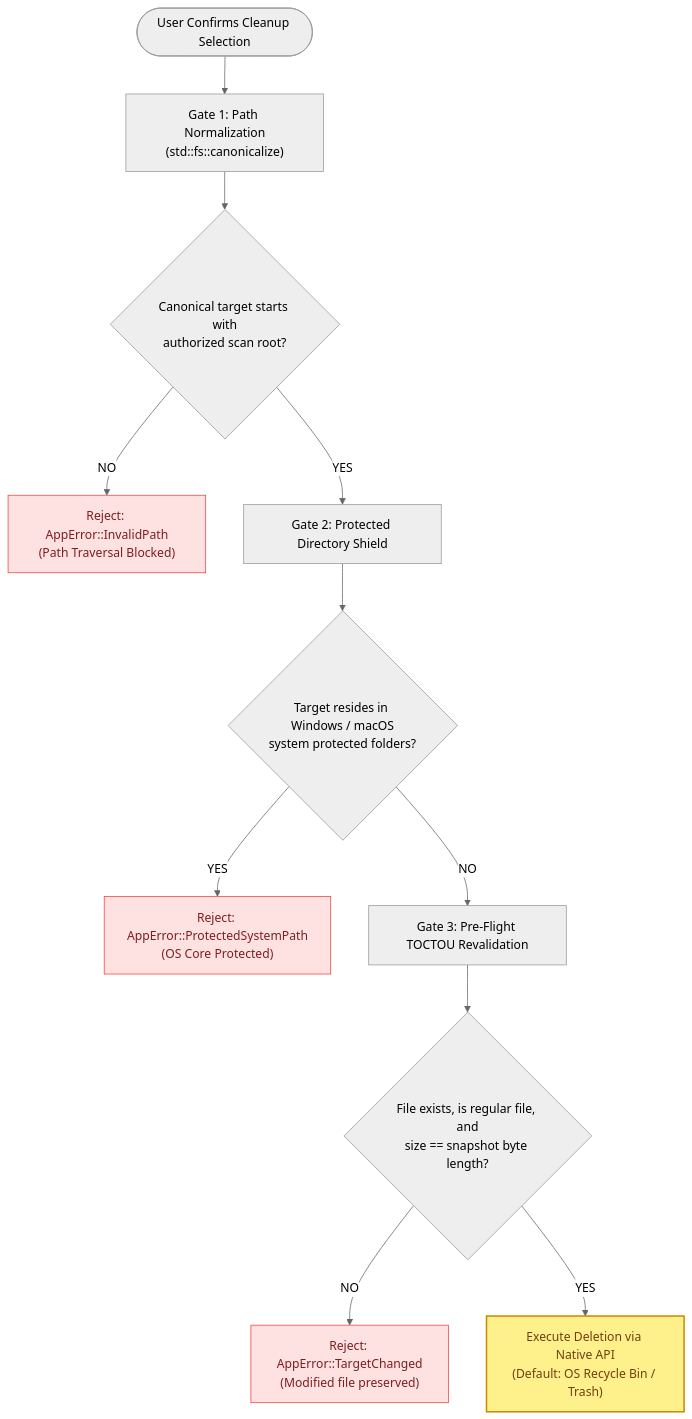
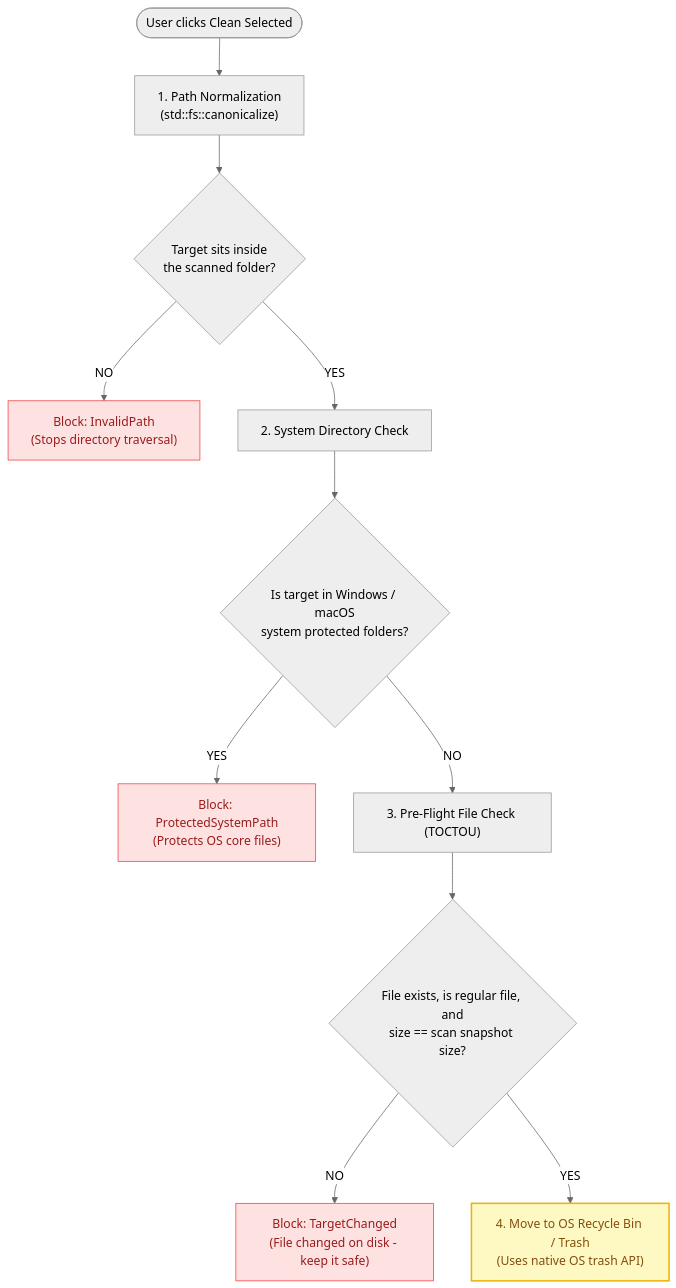
The third of 3 diagrams in docs/SYSTEM_DESIGN.md (ankitpandey1900/ByteMap), drawn with Mermaid (neutral theme) before and after one commit. The commit also changed other lines of this file and 3 other files, not shown here.

````diff
--- a/docs/SYSTEM_DESIGN.md
+++ b/docs/SYSTEM_DESIGN.md
@@ -156,22 +151,22 @@
 ```mermaid
 flowchart TD
-    Req([User Confirms Cleanup Selection]) --> Gate1["Gate 1: Path Normalization<br/>(std::fs::canonicalize)"]
+    Req([User clicks Clean Selected]) --> Check1["1. Path Normalization<br/>(std::fs::canonicalize)"]
     
-    Gate1 --> Check1{"Canonical target starts with<br/>authorized scan root?"}
-    Check1 -- NO --> Err1["Reject: AppError::InvalidPath<br/>(Path Traversal Blocked)"]
+    Check1 --> Gate1{"Target sits inside<br/>the scanned folder?"}
+    Gate1 -- NO --> Reject1["Block: InvalidPath<br/>(Stops directory traversal)"]
     
-    Check1 -- YES --> Gate2["Gate 2: Protected Directory Shield"]
-    Gate2 --> Check2{"Target resides in Windows / macOS<br/>system protected folders?"}
-    Check2 -- YES --> Err2["Reject: AppError::ProtectedSystemPath<br/>(OS Core Protected)"]
+    Gate1 -- YES --> Check2["2. System Directory Check"]
+    Check2 --> Gate2{"Is target in Windows / macOS<br/>system protected folders?"}
+    Gate2 -- YES --> Reject2["Block: ProtectedSystemPath<br/>(Protects OS core files)"]
     
-    Check2 -- NO --> Gate3["Gate 3: Pre-Flight TOCTOU Revalidation"]
-    Gate3 --> Check3{"File exists, is regular file, and<br/>size == snapshot byte length?"}
-    Check3 -- NO --> Err3["Reject: AppError::TargetChanged<br/>(Modified file preserved)"]
+    Gate2 -- NO --> Check3["3. Pre-Flight File Check (TOCTOU)"]
+    Check3 --> Gate3{"File exists, is regular file, and<br/>size == scan snapshot size?"}
+    Gate3 -- NO --> Reject3["Block: TargetChanged<br/>(File changed on disk - keep it safe)"]
     
-    Check3 -- YES --> Exec["Execute Deletion via Native API<br/>(Default: OS Recycle Bin / Trash)"]
+    Gate3 -- YES --> Exec["4. Move to OS Recycle Bin / Trash<br/>(Uses native OS trash API)"]
 
-    style Err1 fill:#fee2e2,stroke:#ef4444,color:#7f1d1d
-    style Err2 fill:#fee2e2,stroke:#ef4444,color:#7f1d1d
-    style Err3 fill:#fee2e2,stroke:#ef4444,color:#7f1d1d
-    style Exec fill:#fef08a,stroke:#ca8a04,color:#713f12,stroke-width:2px
+    style Reject1 fill:#fee2e2,stroke:#ef4444,color:#991b1b
+    style Reject2 fill:#fee2e2,stroke:#ef4444,color:#991b1b
+    style Reject3 fill:#fee2e2,stroke:#ef4444,color:#991b1b
+    style Exec fill:#fef9c3,stroke:#eab308,color:#854d0e,stroke-width:2px
 ```
````
